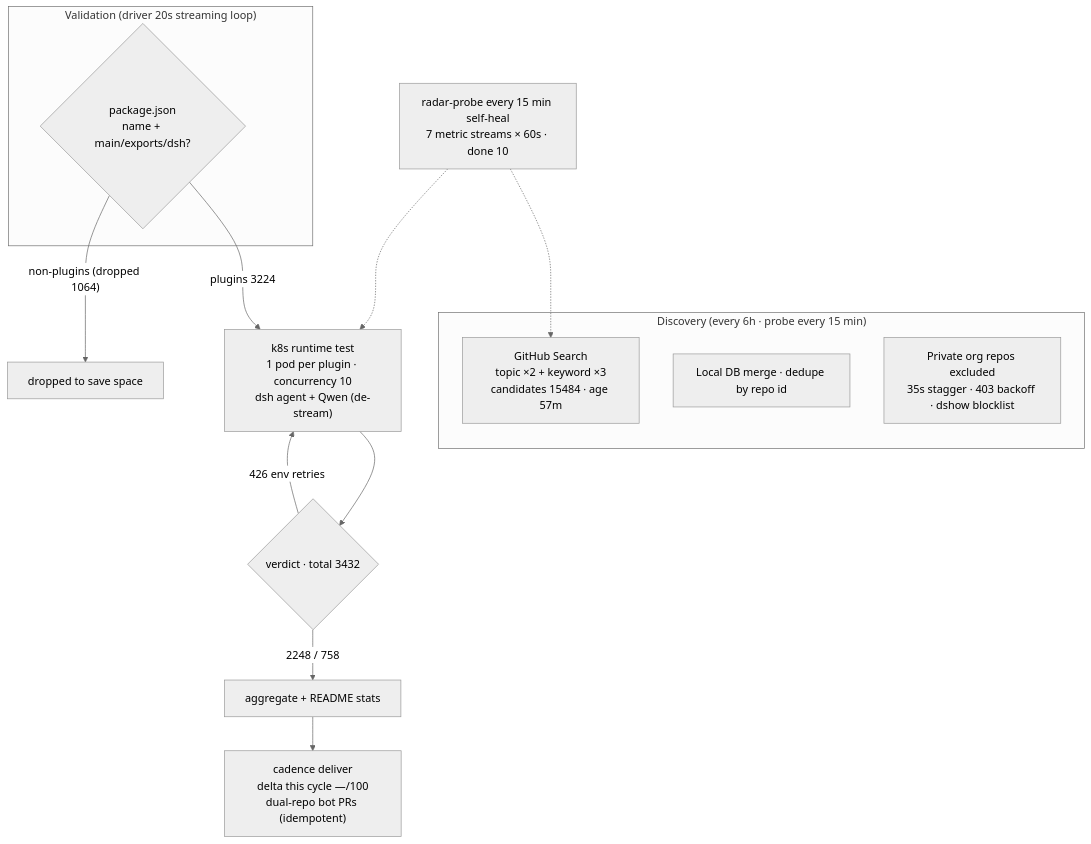
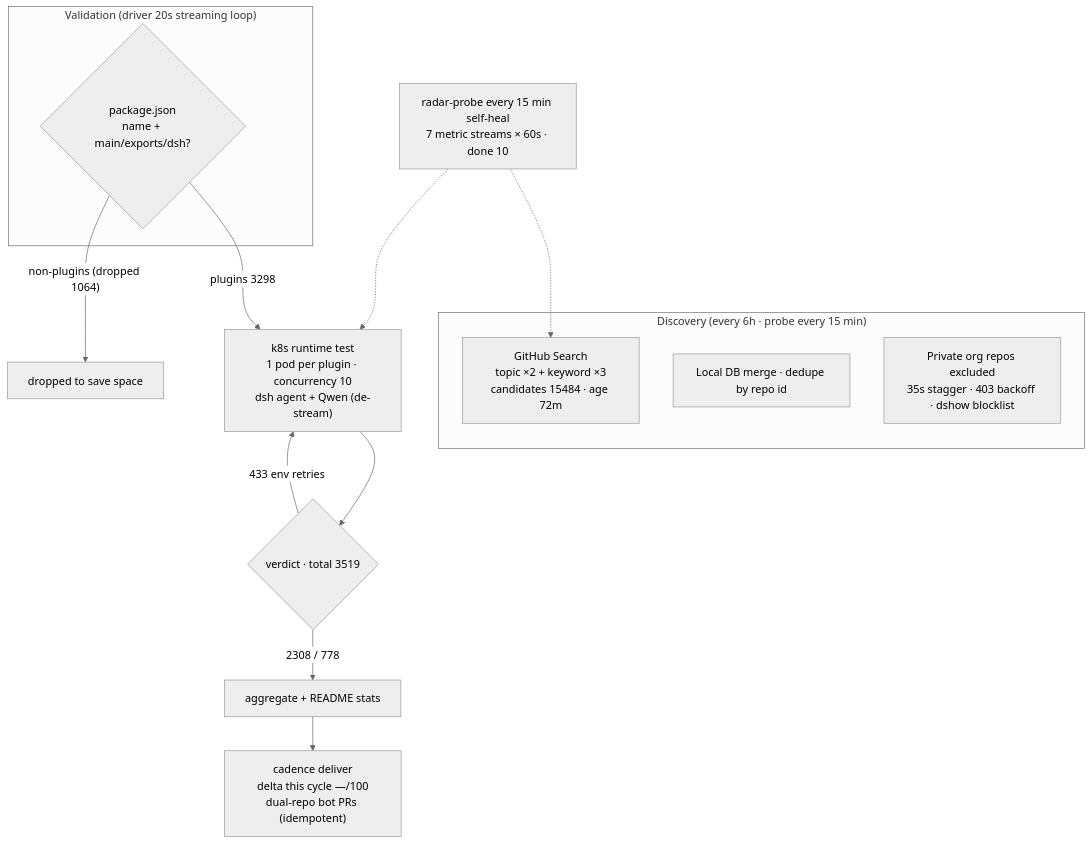
One commit to AdamPlatin123/awesome-dsh-plugins changed the diagram in README.en-US.md. Above: the diagram before and after it, drawn with Mermaid (neutral theme). The commit also changed other lines of this file and 5 other files, not shown here.

````diff
--- a/README.en-US.md
+++ b/README.en-US.md
@@ -30,20 +30,20 @@
 ```mermaid
 flowchart TB
     subgraph Discovery["Discovery (every 6h · probe every 15 min)"]
-        A1["GitHub Search<br/>topic ×2 + keyword ×3<br/>candidates 15484 · age 57m"]
+        A1["GitHub Search<br/>topic ×2 + keyword ×3<br/>candidates 15484 · age 72m"]
         A2["Local DB merge · dedupe by repo id"]
         A3["Private org repos excluded<br/>35s stagger · 403 backoff · dshow blocklist"]
     end
     subgraph Validation["Validation (driver 20s streaming loop)"]
         B1{"package.json<br/>name + main/exports/dsh?"}
     end
-    B1 -->|"plugins 3224"| C1["k8s runtime test<br/>1 pod per plugin · concurrency 10<br/>dsh agent + Qwen (de-stream)"]
+    B1 -->|"plugins 3298"| C1["k8s runtime test<br/>1 pod per plugin · concurrency 10<br/>dsh agent + Qwen (de-stream)"]
     B1 -->|"non-plugins (dropped 1064)"| B3["dropped to save space"]
-    C1 --> D1{"verdict · total 3432"}
-    D1 -->|"2248 / 758"| E1["aggregate + README stats"]
-    D1 -->|"426 env retries"| C1
+    C1 --> D1{"verdict · total 3519"}
+    D1 -->|"2308 / 778"| E1["aggregate + README stats"]
+    D1 -->|"433 env retries"| C1
     E1 --> E2["cadence deliver<br/>delta this cycle —/100<br/>dual-repo bot PRs (idempotent)"]
     M["radar-probe every 15 min self-heal<br/>7 metric streams × 60s · done 10"]
     M -.-> A1
     M -.-> C1
 ```
````
